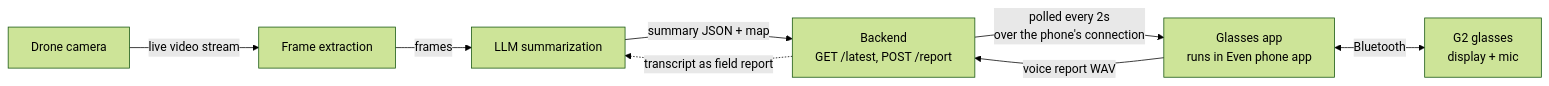
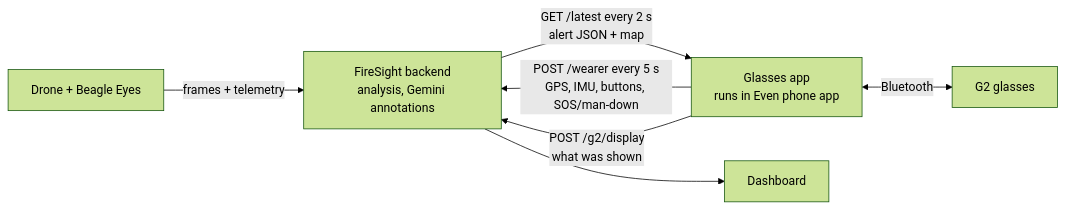
The diagram in glasses-app/README.md (lily1c/la-hacks-2026), drawn with Mermaid (forest theme) before and after one commit. The commit also changed other lines of this file and 2 other files, not shown here.

````diff
--- a/glasses-app/README.md
+++ b/glasses-app/README.md
@@ -20,10 +20,9 @@
 ```mermaid
 flowchart LR
-    A[Drone camera] -->|live video stream| B[Frame extraction]
-    B -->|frames| C[LLM summarization]
-    C -->|summary JSON + map| D[Backend<br/>GET /latest, POST /report]
-    D -->|polled every 2s<br/>over the phone's connection| E[Glasses app<br/>runs in Even phone app]
-    E <-->|Bluetooth| F[G2 glasses<br/>display + mic]
-    E -->|voice report WAV| D
-    D -.->|transcript as field report| C
+    A[Drone + Beagle Eyes] -->|frames + telemetry| B[FireSight backend<br/>analysis, Gemini annotations]
+    B -->|GET /latest every 2 s<br/>alert JSON + map| C[Glasses app<br/>runs in Even phone app]
+    C <-->|Bluetooth| D[G2 glasses]
+    C -->|POST /wearer every 5 s<br/>GPS, IMU, buttons, SOS/man-down| B
+    C -->|POST /g2/display<br/>what was shown| B
+    B --> E[Dashboard]
 ```
````
